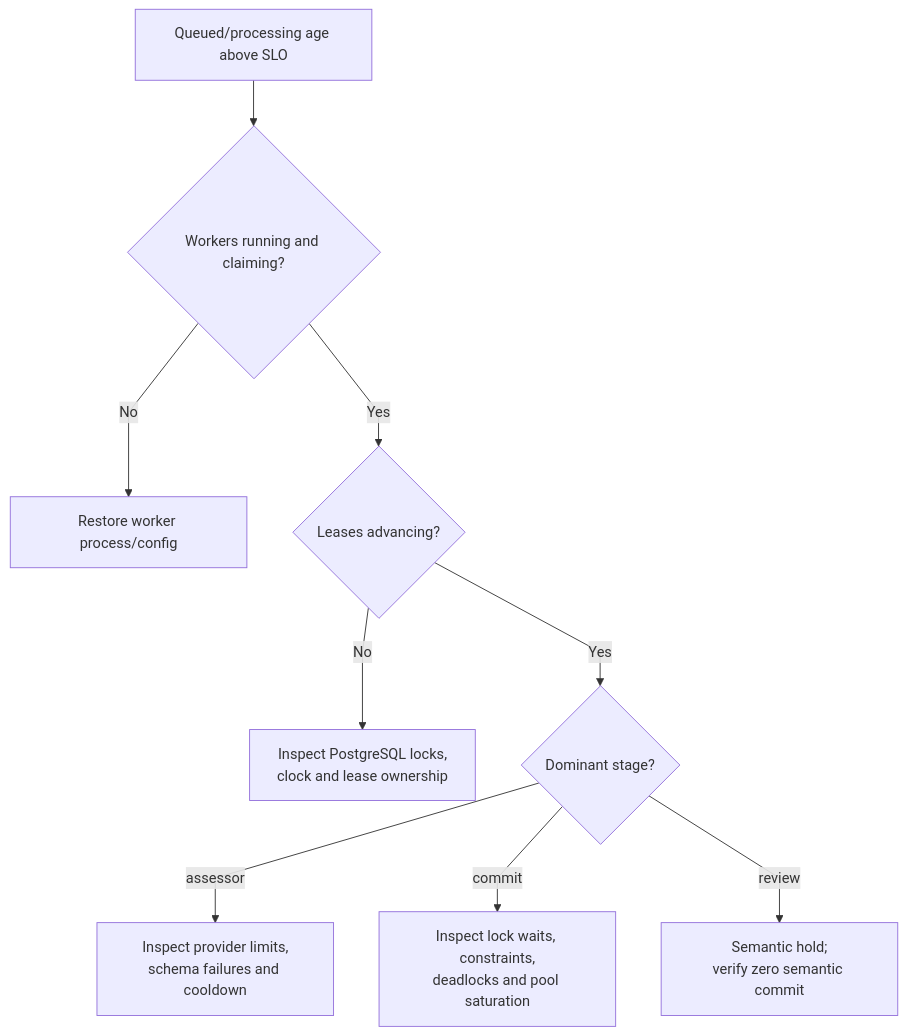
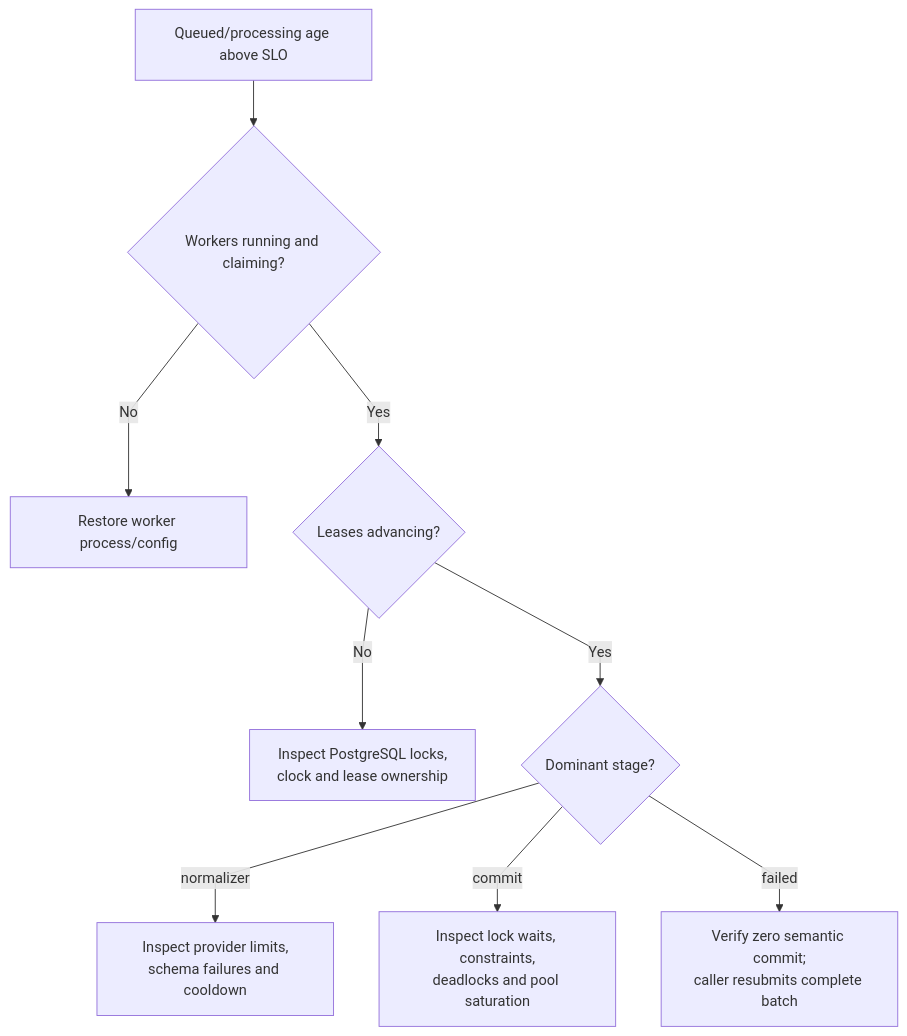
One commit to markhuangai/dense-mem changed the fourth of 10 diagrams in Operations-Runbook.md. Above: the diagram before and after it, drawn with Mermaid. The commit also changed other lines of this file and 20 other files, not shown here.

````diff
--- a/Operations-Runbook.md
+++ b/Operations-Runbook.md
@@ -372,12 +372,12 @@
 ```mermaid
 %%{init: {"flowchart": {"curve": "linear"}}}%%
 flowchart TD
   Backlog["Queued/processing age above SLO"] --> Workers{"Workers running and claiming?"}
   Workers -- No --> Start["Restore worker process/config"]
   Workers -- Yes --> Lease{"Leases advancing?"}
   Lease -- No --> Locks["Inspect PostgreSQL locks,<br/>clock and lease ownership"]
   Lease -- Yes --> Stage{"Dominant stage?"}
-  Stage -- assessor --> Provider["Inspect provider limits,<br/>schema failures and cooldown"]
+  Stage -- normalizer --> Provider["Inspect provider limits,<br/>schema failures and cooldown"]
   Stage -- commit --> DB["Inspect lock waits, constraints,<br/>deadlocks and pool saturation"]
-  Stage -- review --> Review["Semantic hold;<br/>verify zero semantic commit"]
+  Stage -- failed --> Resubmit["Verify zero semantic commit;<br/>caller resubmits complete batch"]
 ```
````
